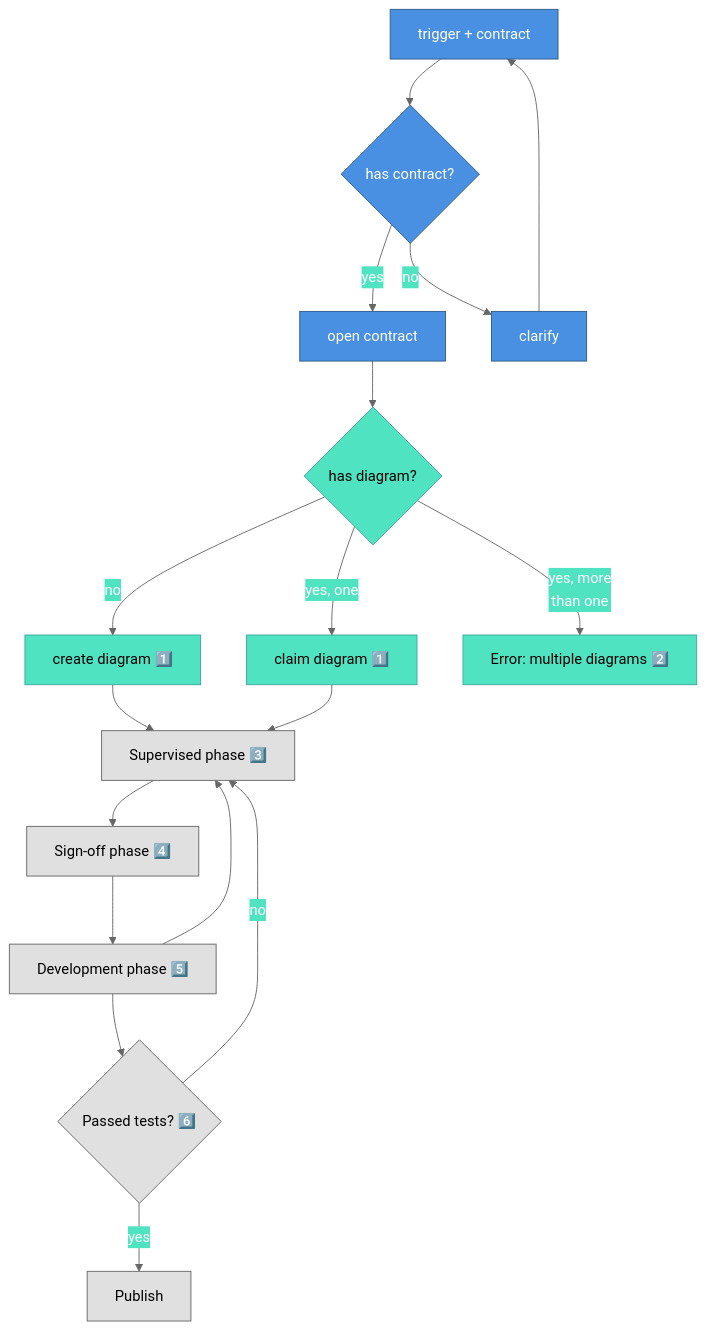
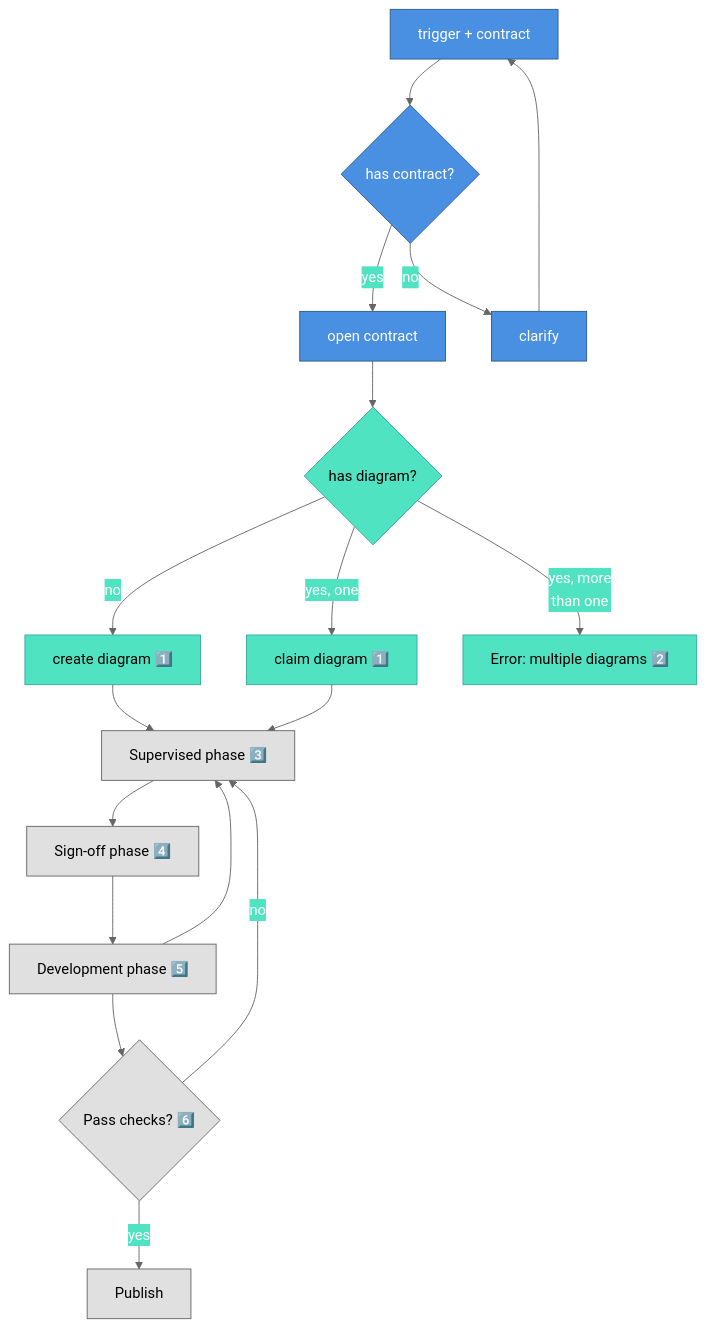
One commit to nonlinear/skills changed the diagram in contract-diagram/SKILL.md. Above: the diagram before and after it, drawn with Mermaid. The commit also changed other lines of this file, not shown here.

Commit message:
Change 'Passed tests?' to 'Pass checks?'

````diff
--- a/contract-diagram/SKILL.md
+++ b/contract-diagram/SKILL.md
@@ -14,45 +14,45 @@
 ```mermaid
 %%{init: {'theme':'base','themeVariables':{'primaryColor':'#4A90E2','primaryTextColor':'#fff','primaryBorderColor':'#2E5C8A','lineColor':'#666','secondaryColor':'#50E3C2','tertiaryColor':'#FFD700'}}}%%
 flowchart TD
     TRIGGER["trigger + contract"]
     CHECK_CONTRACT{"has contract?"}
     OPEN["open contract"]
     CLARIFY["clarify"]
     CHECK_DIAGRAM{"has diagram?"}
     CREATE["create diagram 1️⃣"]
     CLAIM["claim diagram 1️⃣"]
     ERROR["Error: multiple diagrams 2️⃣"]
     
     SUPERVISED["Supervised phase 3️⃣"]
     SIGNOFF["Sign-off phase 4️⃣"]
     DEVELOPMENT["Development phase 5️⃣"]
-    TESTS{"Passed tests? 6️⃣"}
+    TESTS{"Pass checks? 6️⃣"}
     PUBLISH["Publish"]
     
     TRIGGER --> CHECK_CONTRACT
     CHECK_CONTRACT -->|yes| OPEN
     CHECK_CONTRACT -->|no| CLARIFY
     CLARIFY --> TRIGGER
     
     OPEN --> CHECK_DIAGRAM
     CHECK_DIAGRAM -->|no| CREATE
     CHECK_DIAGRAM -->|yes, one| CLAIM
     CHECK_DIAGRAM -->|yes, more<br/>than one| ERROR
     
     CREATE --> SUPERVISED
     CLAIM --> SUPERVISED
     SUPERVISED --> SIGNOFF
     SIGNOFF --> DEVELOPMENT
     DEVELOPMENT --> SUPERVISED
     DEVELOPMENT --> TESTS
     TESTS -->|yes| PUBLISH
     TESTS -->|no| SUPERVISED
     
     classDef default fill:#e0e0e0,stroke:#666,color:#000
     classDef approved fill:#4A90E2,stroke:#2E5C8A,color:#fff
     classDef developed fill:#50E3C2,stroke:#3aa89e,color:#000
     
     class TRIGGER,CHECK_CONTRACT,OPEN,CLARIFY approved
     class CHECK_DIAGRAM,CREATE,CLAIM,ERROR developed
     class SUPERVISED,SIGNOFF,DEVELOPMENT,TESTS,PUBLISH default
 ```
````
